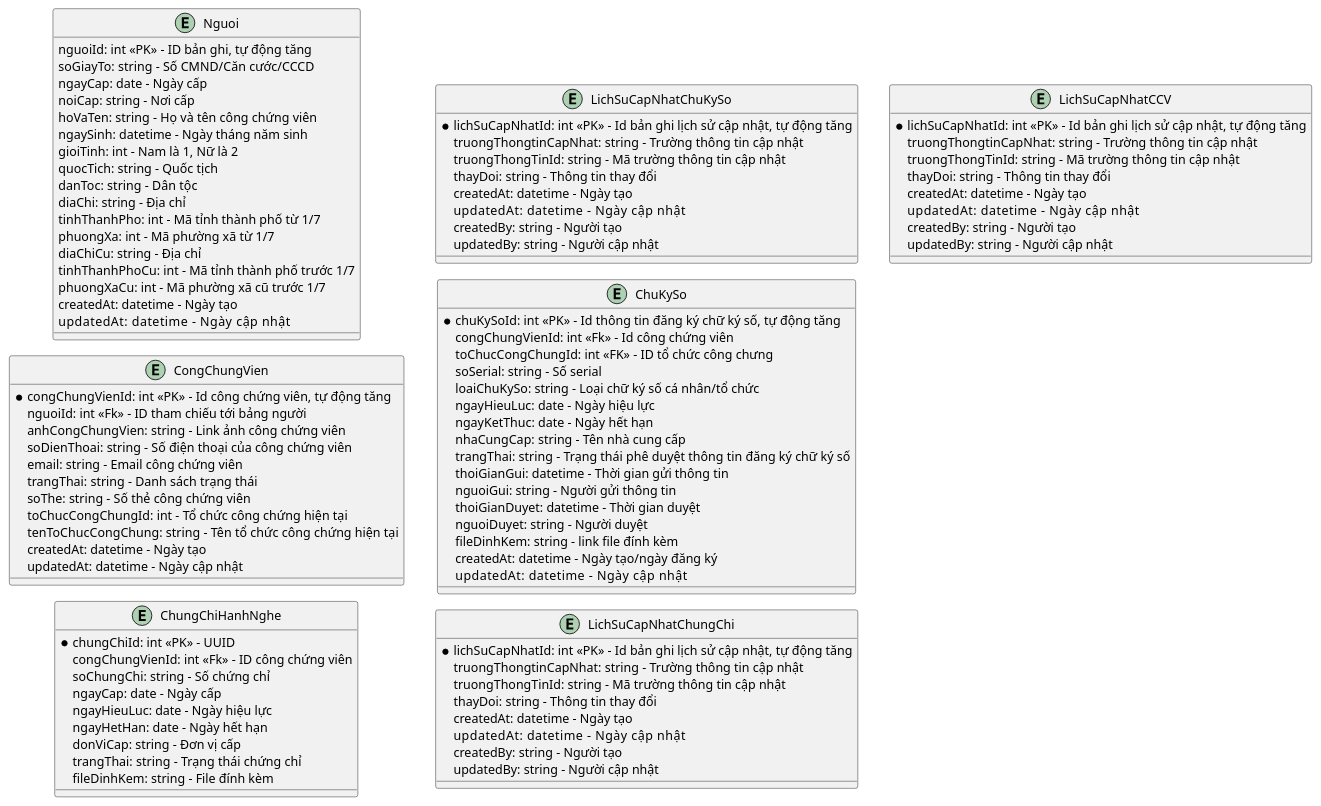
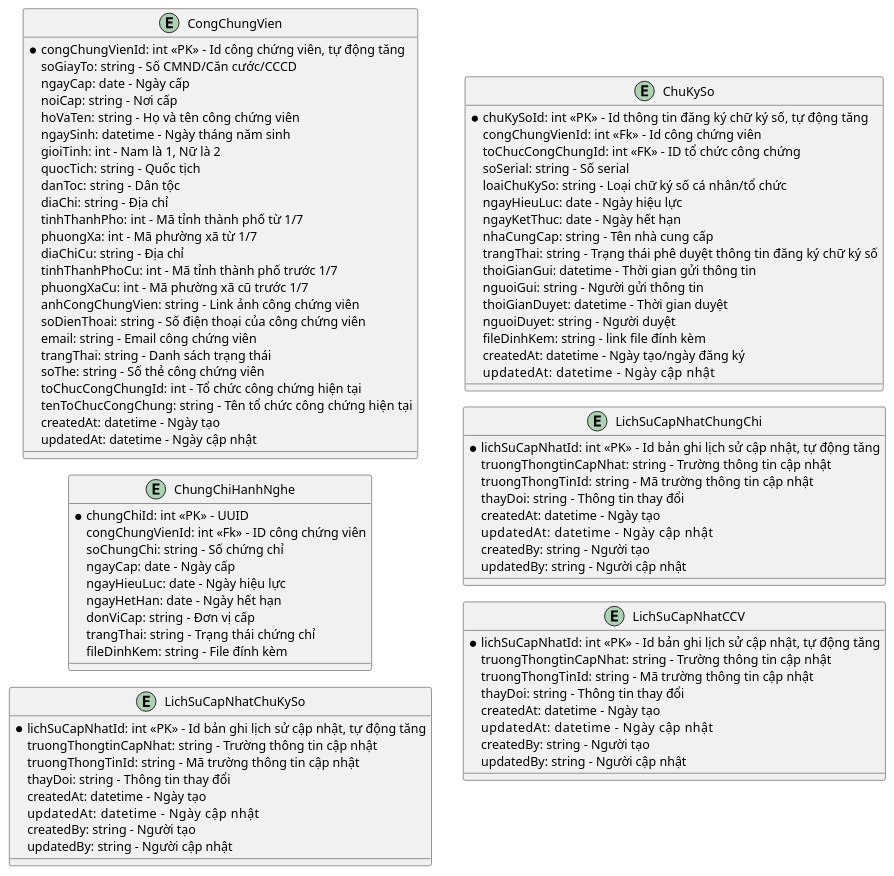
Before and after one commit to alvinnguyen9820-prog/CSDL-Cong-Chung: the diagram in Quản lý công chứng viên/3.ldm.puml, drawn with PlantUML. The commit also changed 11 other files, not shown here.

```diff
--- a/Quản lý công chứng viên/3.ldm.puml
+++ b/Quản lý công chứng viên/3.ldm.puml
@@ -1,110 +1,102 @@
 @startuml ldm
 !pragma layout smetana
 left to right direction
 
-entity Nguoi
 entity CongChungVien
 entity ChungChiHanhNghe
 entity LichSuCapNhatChuKySo
 entity ChuKySo
 entity LichSuCapNhatChungChi
 entity LichSuCapNhatCCV
 
-entity Nguoi {
-  nguoiId: int <<PK>> - ID bản ghi, tự động tăng
+entity CongChungVien {
+  *congChungVienId: int <<PK>> - Id công chứng viên, tự động tăng
   soGiayTo: string - Số CMND/Căn cước/CCCD 
   ngayCap: date - Ngày cấp
   noiCap: string - Nơi cấp
   hoVaTen: string - Họ và tên công chứng viên
   ngaySinh: datetime - Ngày tháng năm sinh
   gioiTinh: int - Nam là 1, Nữ là 2
   quocTich: string - Quốc tịch
   danToc: string - Dân tộc
   diaChi: string - Địa chỉ
   tinhThanhPho: int - Mã tỉnh thành phố từ 1/7
   phuongXa: int - Mã phường xã từ 1/7
   diaChiCu: string - Địa chỉ
   tinhThanhPhoCu: int - Mã tỉnh thành phố trước 1/7
   phuongXaCu: int - Mã phường xã cũ trước 1/7
-  createdAt: datetime - Ngày tạo
-  updatedAt: datetime      - Ngày cập nhật
-}
-
-entity CongChungVien {
-  *congChungVienId: int <<PK>> - Id công chứng viên, tự động tăng
-  nguoiId: int <<Fk>> - ID tham chiếu tới bảng người
   anhCongChungVien: string - Link ảnh công chứng viên
   soDienThoai: string - Số điện thoại của công chứng viên
   email: string - Email công chứng viên
   trangThai: string - Danh sách trạng thái
   soThe: string - Số thẻ công chứng viên
   toChucCongChungId: int - Tổ chức công chứng hiện tại
   tenToChucCongChung: string - Tên tổ chức công chứng hiện tại
   createdAt: datetime - Ngày tạo
   updatedAt: datetime - Ngày cập nhật
 
 }
 
 entity ChungChiHanhNghe {
   *chungChiId: int <<PK>> - UUID
   congChungVienId: int <<Fk>> - ID công chứng viên
   soChungChi: string - Số chứng chỉ
   ngayCap: date - Ngày cấp
   ngayHieuLuc: date - Ngày hiệu lực
   ngayHetHan: date - Ngày hết hạn
   donViCap: string - Đơn vị cấp
   trangThai: string - Trạng thái chứng chỉ
   fileDinhKem: string - File đính kèm
 }
 
 entity ChuKySo {
   *chuKySoId: int <<PK>> - Id thông tin đăng ký chữ ký số, tự động tăng
   congChungVienId: int <<Fk>> - Id công chứng viên
-  toChucCongChungId: int <<FK>> - ID tổ chức công chưng
+  toChucCongChungId: int <<FK>> - ID tổ chức công chứng
   soSerial: string - Số serial
   loaiChuKySo: string - Loại chữ ký số cá nhân/tổ chức
   ngayHieuLuc: date - Ngày hiệu lực
   ngayKetThuc: date - Ngày hết hạn
   nhaCungCap: string - Tên nhà cung cấp
   trangThai: string - Trạng thái phê duyệt thông tin đăng ký chữ ký số
   thoiGianGui: datetime - Thời gian gửi thông tin
   nguoiGui: string - Người gửi thông tin
   thoiGianDuyet: datetime - Thời gian duyệt
   nguoiDuyet: string - Người duyệt
   fileDinhKem: string - link file đính kèm
   createdAt: datetime - Ngày tạo/ngày đăng ký
   updatedAt: datetime      - Ngày cập nhật
 }
 
 entity LichSuCapNhatCCV {
   *lichSuCapNhatId: int <<PK>> - Id bản ghi lịch sử cập nhật, tự động tăng
   truongThongtinCapNhat: string - Trường thông tin cập nhật
   truongThongTinId: string - Mã trường thông tin cập nhật
   thayDoi: string - Thông tin thay đổi
   createdAt: datetime - Ngày tạo
   updatedAt: datetime      - Ngày cập nhật
   createdBy: string - Người tạo
   updatedBy: string - Người cập nhật
 }
 entity LichSuCapNhatChuKySo {
   *lichSuCapNhatId: int <<PK>> - Id bản ghi lịch sử cập nhật, tự động tăng
   truongThongtinCapNhat: string - Trường thông tin cập nhật
   truongThongTinId: string - Mã trường thông tin cập nhật
   thayDoi: string - Thông tin thay đổi
   createdAt: datetime - Ngày tạo
   updatedAt: datetime      - Ngày cập nhật
   createdBy: string - Người tạo
   updatedBy: string - Người cập nhật
 }
 entity LichSuCapNhatChungChi {
   *lichSuCapNhatId: int <<PK>> - Id bản ghi lịch sử cập nhật, tự động tăng
   truongThongtinCapNhat: string - Trường thông tin cập nhật
   truongThongTinId: string - Mã trường thông tin cập nhật
   thayDoi: string - Thông tin thay đổi
   createdAt: datetime - Ngày tạo
   updatedAt: datetime      - Ngày cập nhật
   createdBy: string - Người tạo
   updatedBy: string - Người cập nhật
 }
 
 @enduml
```
